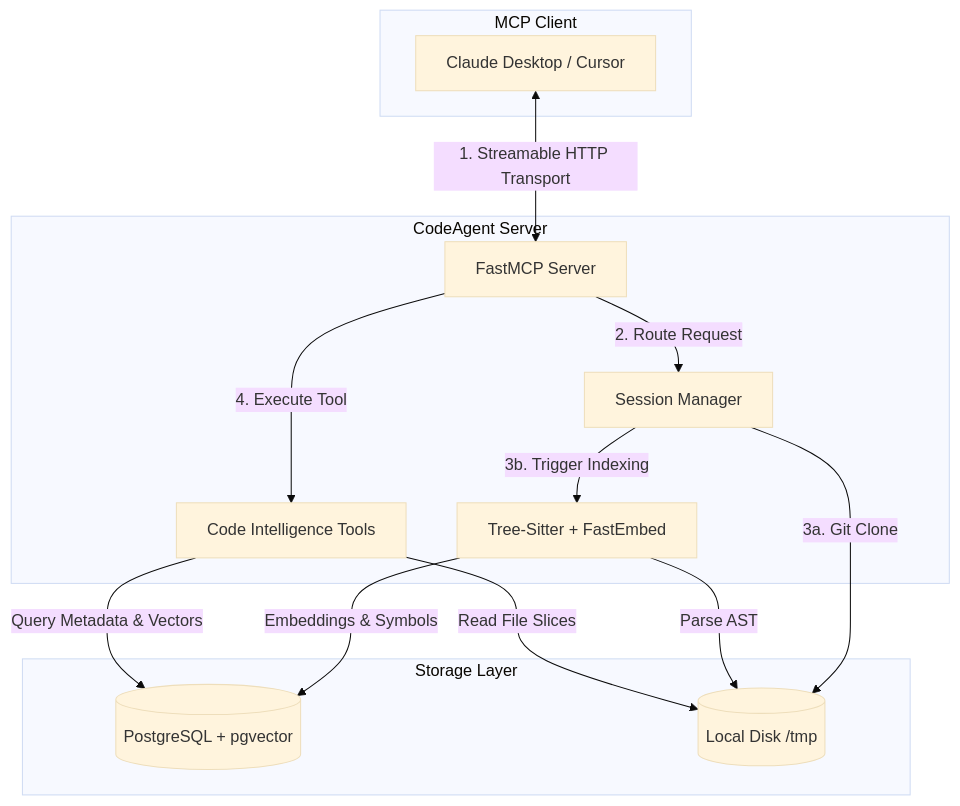
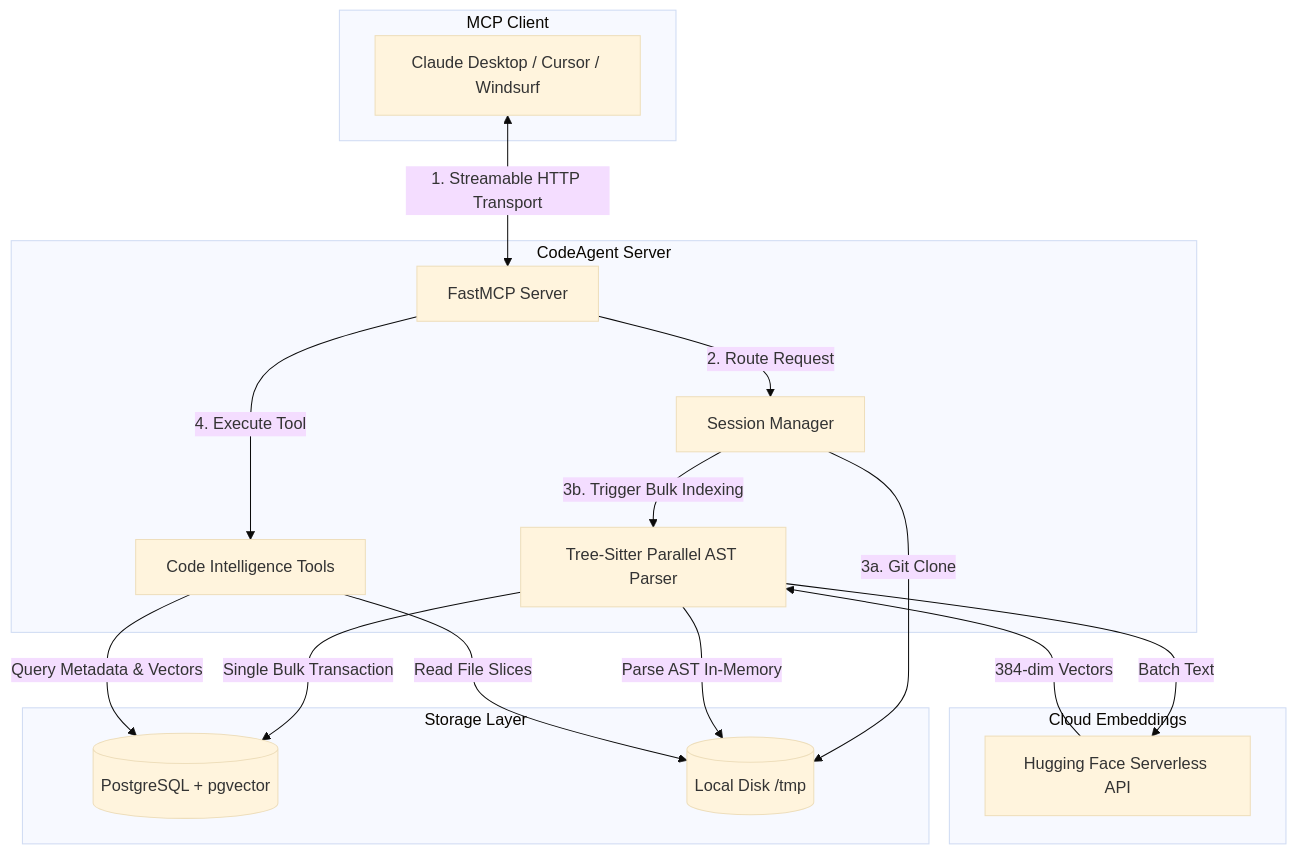
The diagram in README.md (AbhiGupta1310/CodeAgent-MCP), drawn with Mermaid (base theme) before and after one commit. The commit also changed other lines of this file, not shown here.

Commit message:
docs(readme): update documentation with 1-pass bulk indexing, HuggingFace Inference API, and performance enhancements

````diff
--- a/README.md
+++ b/README.md
@@ -25,31 +34,37 @@
 ```mermaid
 graph TD
     subgraph Client [MCP Client]
-        LLM[Claude Desktop / Cursor]
+        LLM[Claude Desktop / Cursor / Windsurf]
     end
 
     subgraph CodeAgent [CodeAgent Server]
         FastMCP[FastMCP Server]
         SessionMgr[Session Manager]
-        Indexer[Tree-Sitter + FastEmbed]
+        Indexer[Tree-Sitter Parallel AST Parser]
         Tools[Code Intelligence Tools]
+    end
+
+    subgraph External [Cloud Embeddings]
+        HF[Hugging Face Serverless API]
     end
 
     subgraph Storage [Storage Layer]
         DB[(PostgreSQL + pgvector)]
         Disk[(Local Disk /tmp)]
     end
 
     LLM <-->|1. Streamable HTTP Transport| FastMCP
     FastMCP -->|2. Route Request| SessionMgr
     FastMCP -->|4. Execute Tool| Tools
     
     SessionMgr -->|3a. Git Clone| Disk
-    SessionMgr -->|3b. Trigger Indexing| Indexer
+    SessionMgr -->|3b. Trigger Bulk Indexing| Indexer
     
-    Indexer -->|Parse AST| Disk
-    Indexer -->|Embeddings & Symbols| DB
+    Indexer -->|Parse AST In-Memory| Disk
+    Indexer -->|Batch Text| HF
+    HF -->|384-dim Vectors| Indexer
+    Indexer -->|Single Bulk Transaction| DB
     
     Tools -->|Query Metadata & Vectors| DB
     Tools -->|Read File Slices| Disk
 ```
````
